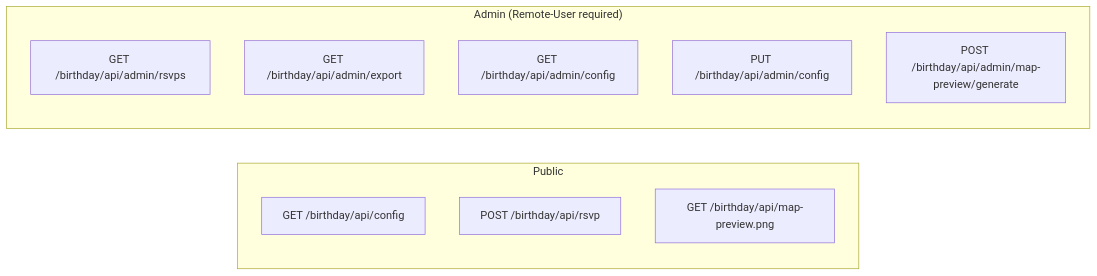
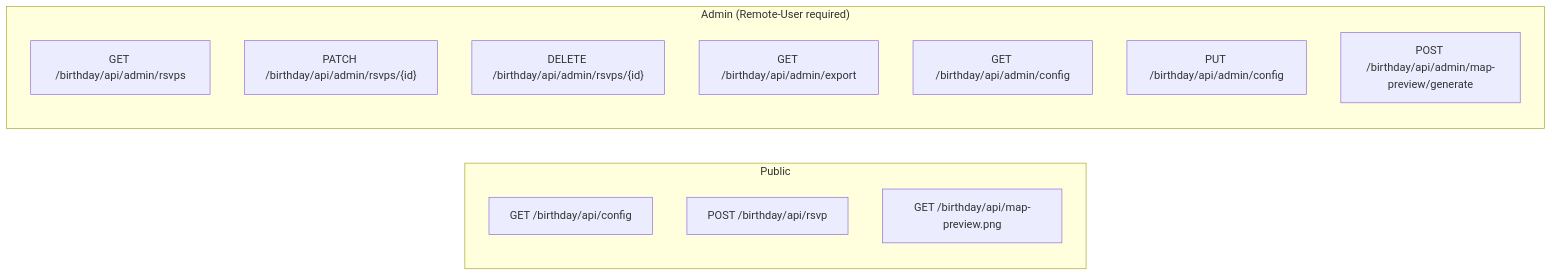
Before and after one commit to kiskaadee/bdinvite: the second of 2 diagrams in specs/backend.md, drawn with Mermaid. The commit also changed other lines of this file and 3 other files, not shown here.

First line of the commit message:
docs: refresh README, synchronize living specs, and align roadmap

````diff
--- a/specs/backend.md
+++ b/specs/backend.md
@@ -129,15 +135,17 @@
 ```mermaid
 flowchart LR
     subgraph Public
         A["GET /birthday/api/config"]
         B["POST /birthday/api/rsvp"]
         G["GET /birthday/api/map-preview.png"]
     end
     subgraph Admin["Admin (Remote-User required)"]
         C["GET /birthday/api/admin/rsvps"]
+        C1["PATCH /birthday/api/admin/rsvps/{id}"]
+        C2["DELETE /birthday/api/admin/rsvps/{id}"]
         D["GET /birthday/api/admin/export"]
         E["GET /birthday/api/admin/config"]
         F["PUT /birthday/api/admin/config"]
         H["POST /birthday/api/admin/map-preview/generate"]
     end
 ```
````
